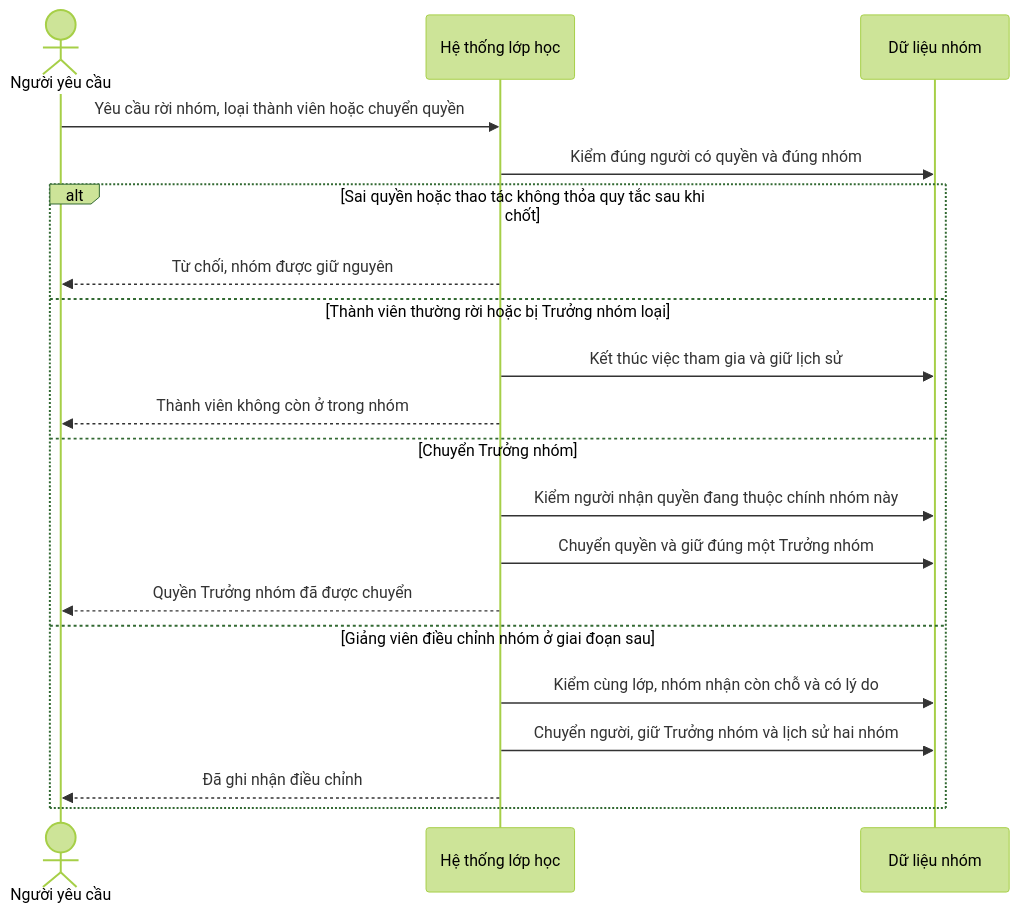
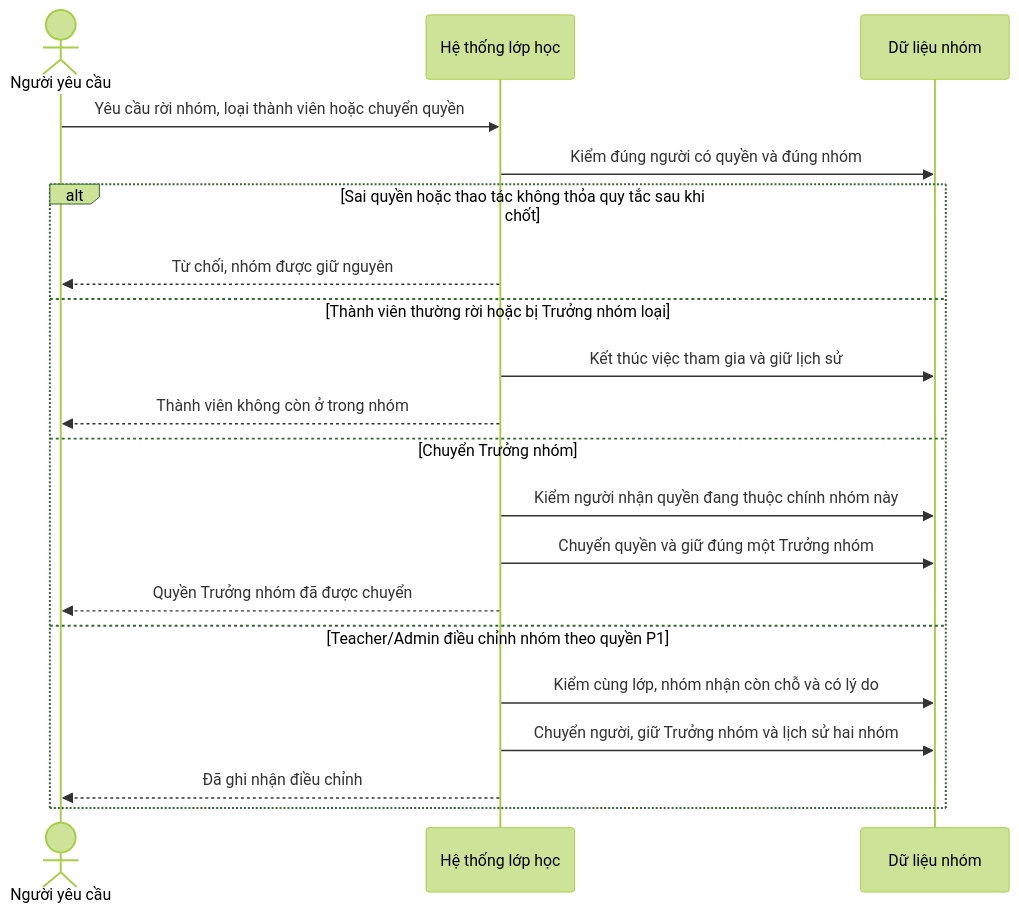
One commit to TriNguyenThanh/UTask changed the sixth of 9 diagrams in docs/diagram/classroom-service/sequence.md. Above: the diagram before and after it, drawn with Mermaid (forest theme). The commit also changed other lines of this file and 4 other files, not shown here.

````diff
--- a/docs/diagram/classroom-service/sequence.md
+++ b/docs/diagram/classroom-service/sequence.md
@@ -286,22 +294,22 @@
 ```mermaid
 sequenceDiagram
     actor N as Người yêu cầu
     participant L as Hệ thống lớp học
     participant D as Dữ liệu nhóm
     N->>L: Yêu cầu rời nhóm, loại thành viên hoặc chuyển quyền
     L->>D: Kiểm đúng người có quyền và đúng nhóm
     alt Sai quyền hoặc thao tác không thỏa quy tắc sau khi chốt
         L-->>N: Từ chối, nhóm được giữ nguyên
     else Thành viên thường rời hoặc bị Trưởng nhóm loại
         L->>D: Kết thúc việc tham gia và giữ lịch sử
         L-->>N: Thành viên không còn ở trong nhóm
     else Chuyển Trưởng nhóm
         L->>D: Kiểm người nhận quyền đang thuộc chính nhóm này
         L->>D: Chuyển quyền và giữ đúng một Trưởng nhóm
         L-->>N: Quyền Trưởng nhóm đã được chuyển
-    else Giảng viên điều chỉnh nhóm ở giai đoạn sau
+    else Teacher/Admin điều chỉnh nhóm theo quyền P1
         L->>D: Kiểm cùng lớp, nhóm nhận còn chỗ và có lý do
         L->>D: Chuyển người, giữ Trưởng nhóm và lịch sử hai nhóm
         L-->>N: Đã ghi nhận điều chỉnh
     end
 ```
````
